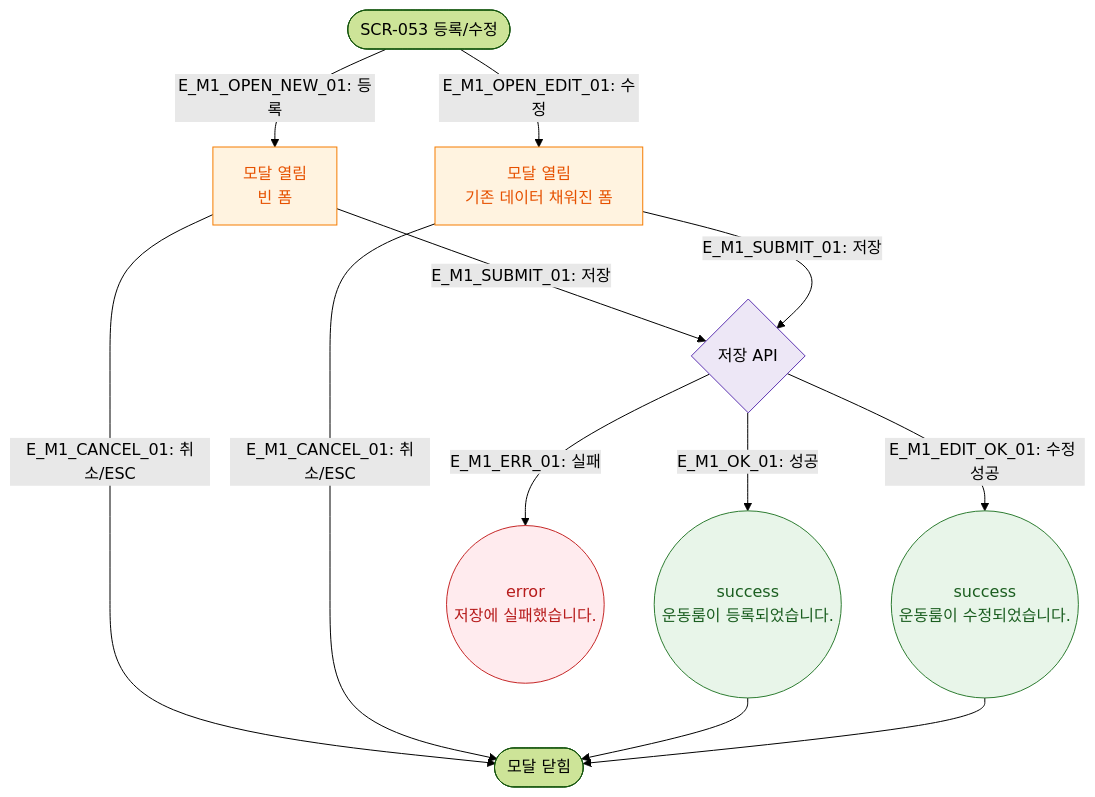
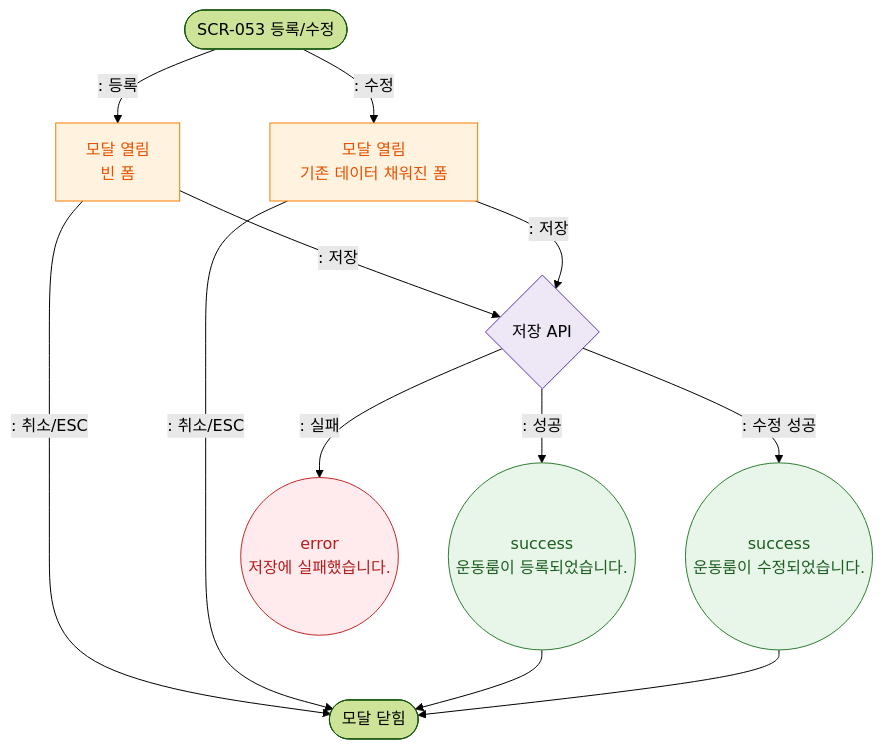
Before and after one commit to dev-spogym/admin-pando: the diagram in docs/다이어그램/D06_시설관리/DLG/DLG-053-001_룸등록수정/M1_생명주기.md, drawn with Mermaid (forest theme). The commit also changed other lines of this file and 1660 other files, not shown here.

First line of the commit message:
다이어그램: 기획자/클라이언트 납품본으로 정리

````diff
--- a/docs/다이어그램/D06_시설관리/DLG/DLG-053-001_룸등록수정/M1_생명주기.md
+++ b/docs/다이어그램/D06_시설관리/DLG/DLG-053-001_룸등록수정/M1_생명주기.md
@@ -16,21 +14,21 @@
 ```mermaid
 flowchart TD
-    TRIGGER([SCR-053 등록/수정]) -->|"E_M1_OPEN_NEW_01: 등록"| OPEN_NEW[모달 열림\n빈 폼]
-    TRIGGER -->|"E_M1_OPEN_EDIT_01: 수정"| OPEN_EDIT[모달 열림\n기존 데이터 채워진 폼]
+    TRIGGER([SCR-053 등록/수정]) -->|": 등록"|OPEN_NEW[모달 열림\n빈 폼]
+    TRIGGER -->|": 수정"|OPEN_EDIT[모달 열림\n기존 데이터 채워진 폼]
 
-    OPEN_NEW & OPEN_EDIT -->|"E_M1_SUBMIT_01: 저장"| SaveAPI{저장 API}
-    SaveAPI -->|"E_M1_OK_01: 성공"| SUCCESS((success\n운동룸이 등록되었습니다.))
-    SaveAPI -->|"E_M1_EDIT_OK_01: 수정 성공"| EDIT_SUCCESS((success\n운동룸이 수정되었습니다.))
-    SaveAPI -->|"E_M1_ERR_01: 실패"| FAIL((error\n저장에 실패했습니다.))
-    OPEN_NEW & OPEN_EDIT -->|"E_M1_CANCEL_01: 취소/ESC"| CLOSED([모달 닫힘])
+    OPEN_NEW & OPEN_EDIT -->|": 저장"|SaveAPI{저장 API}
+    SaveAPI -->|": 성공"|SUCCESS((success\n운동룸이 등록되었습니다.))
+    SaveAPI -->|": 수정 성공"|EDIT_SUCCESS((success\n운동룸이 수정되었습니다.))
+    SaveAPI -->|": 실패"|FAIL((error\n저장에 실패했습니다.))
+    OPEN_NEW & OPEN_EDIT -->|": 취소/ESC"|CLOSED([모달 닫힘])
     SUCCESS & EDIT_SUCCESS --> CLOSED
 
     classDef modal fill:#FFF3E0,stroke:#F57C00,color:#E65100
     classDef success fill:#E8F5E9,stroke:#2E7D32,color:#1B5E20
     classDef error fill:#FFEBEE,stroke:#C62828,color:#B71C1C
     classDef system fill:#EDE7F6,stroke:#5E35B2
     class OPEN_NEW,OPEN_EDIT modal
     class SUCCESS,EDIT_SUCCESS success
     class FAIL error
     class SaveAPI system
 ```
````
